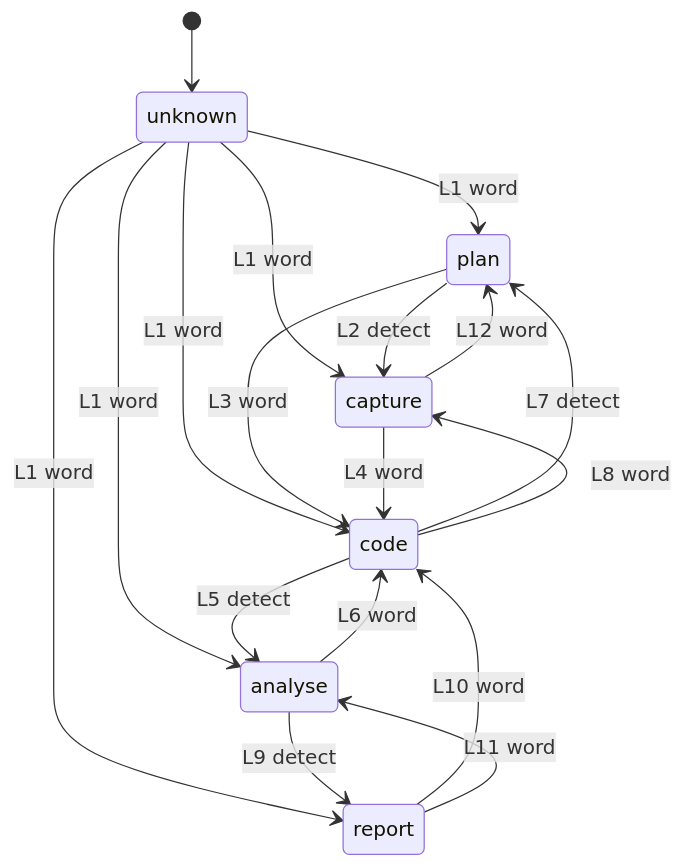
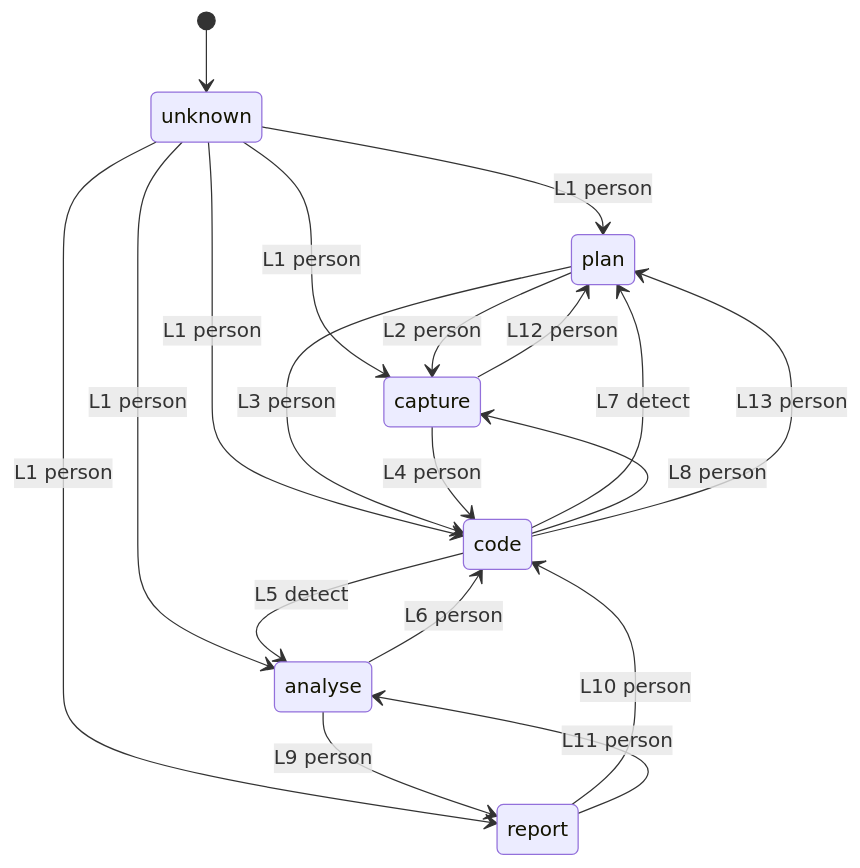
The diagram in contracts/lifecycle.md (DynamicalSystemsGroup/scat-kg-tools), drawn with Mermaid before and after one commit. The commit also changed other lines of this file and 1 other file, not shown here.

Commit message:
WP29 draft, after a fresh review: outputs name what produces them; detect predicates over vault state with named readers; set_stage rules and the signature slot; how each actor uses it; a worked example; WP30 risks; a stronger consistency test

````diff
--- a/contracts/lifecycle.md
+++ b/contracts/lifecycle.md
@@ -123,20 +147,21 @@
 ```mermaid
 stateDiagram-v2
     [*] --> unknown
-    unknown --> plan: L1 word
-    unknown --> capture: L1 word
-    unknown --> code: L1 word
-    unknown --> analyse: L1 word
-    unknown --> report: L1 word
-    plan --> capture: L2 detect
-    plan --> code: L3 word
-    capture --> code: L4 word
+    unknown --> plan: L1 person
+    unknown --> capture: L1 person
+    unknown --> code: L1 person
+    unknown --> analyse: L1 person
+    unknown --> report: L1 person
+    plan --> capture: L2 person
+    plan --> code: L3 person
+    capture --> code: L4 person
     code --> analyse: L5 detect
-    analyse --> code: L6 word
+    analyse --> code: L6 person
     code --> plan: L7 detect
-    code --> capture: L8 word
-    analyse --> report: L9 detect
-    report --> code: L10 word
-    report --> analyse: L11 word
-    capture --> plan: L12 word
+    code --> capture: L8 person
+    analyse --> report: L9 person
+    report --> code: L10 person
+    report --> analyse: L11 person
+    capture --> plan: L12 person
+    code --> plan: L13 person
 ```
````
